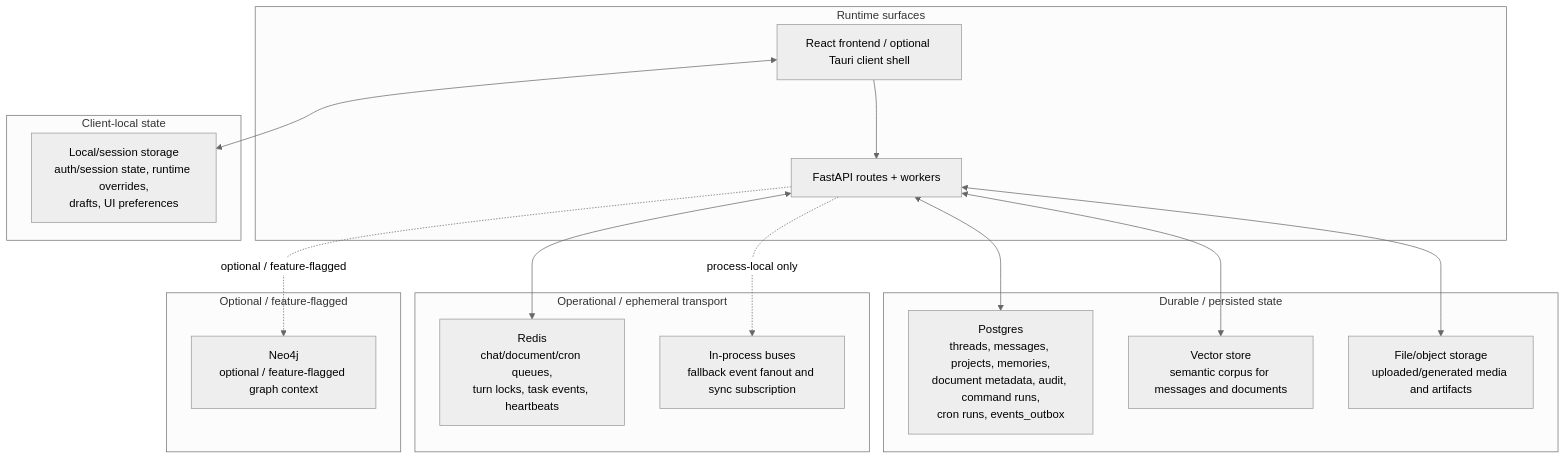
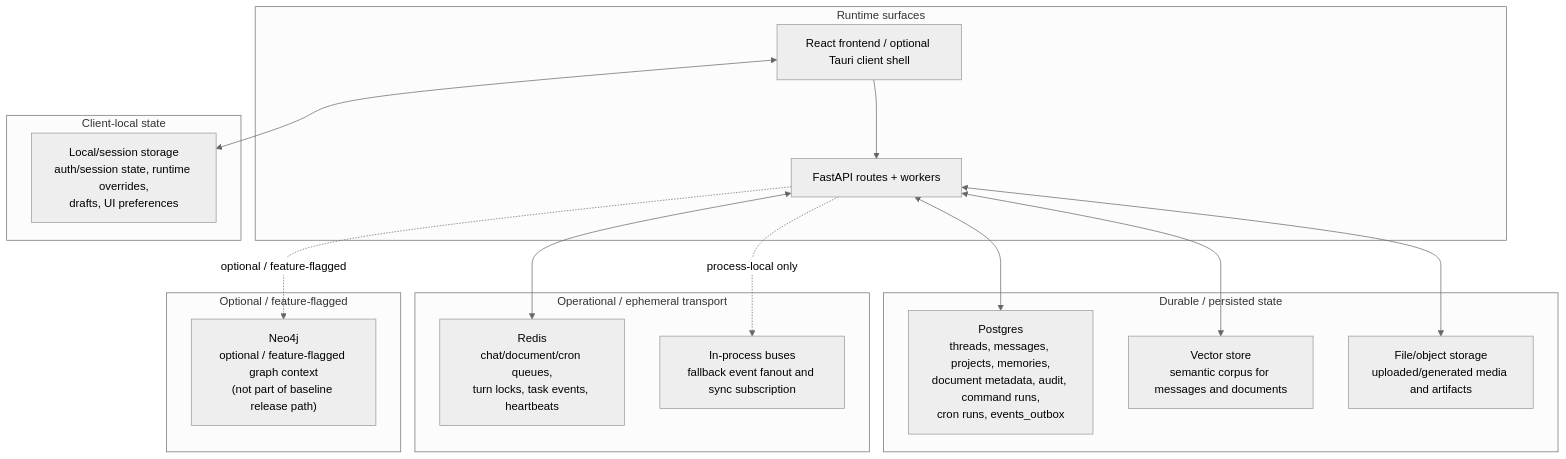
Before and after one commit to Resonant-Jones/Codexify: the third of 4 diagrams in docs/architecture/runtime-diagrams-v1.md, drawn with Mermaid (neutral theme). The commit also changed other lines of this file and 9 other files, not shown here.

Commit message:
docs: sync release and architecture notes

````diff
--- a/docs/architecture/runtime-diagrams-v1.md
+++ b/docs/architecture/runtime-diagrams-v1.md
@@ -167,35 +171,35 @@
 ```mermaid
 flowchart TB
     subgraph runtime["Runtime surfaces"]
         frontend["React frontend / optional Tauri client shell"]
         backend["FastAPI routes + workers"]
     end
 
     subgraph durable["Durable / persisted state"]
         postgres["Postgres<br/>threads, messages, projects, memories,<br/>document metadata, audit, command runs,<br/>cron runs, events_outbox"]
         vector["Vector store<br/>semantic corpus for messages and documents"]
         media["File/object storage<br/>uploaded/generated media and artifacts"]
     end
 
     subgraph operational["Operational / ephemeral transport"]
         redis["Redis<br/>chat/document/cron queues,<br/>turn locks, task events, heartbeats"]
         buses["In-process buses<br/>fallback event fanout and sync subscription"]
     end
 
     subgraph client_local["Client-local state"]
         browser_state["Local/session storage<br/>auth/session state, runtime overrides,<br/>drafts, UI preferences"]
     end
 
     subgraph optional["Optional / feature-flagged"]
-        neo4j["Neo4j<br/>optional / feature-flagged graph context"]
+        neo4j["Neo4j<br/>optional / feature-flagged graph context<br/>(not part of baseline release path)"]
     end
 
     frontend <--> browser_state
     frontend --> backend
     backend <--> postgres
     backend <--> redis
     backend <--> vector
     backend <--> media
     backend -. process-local only .-> buses
     backend -. optional / feature-flagged .-> neo4j
 ```
````
